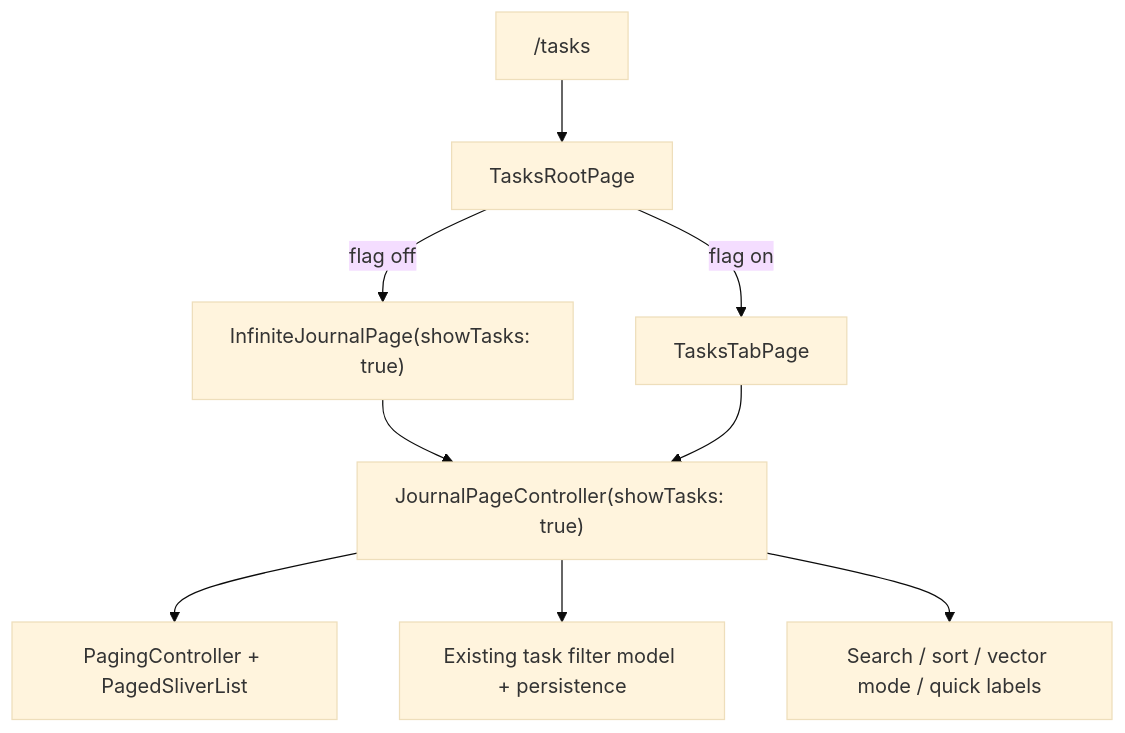
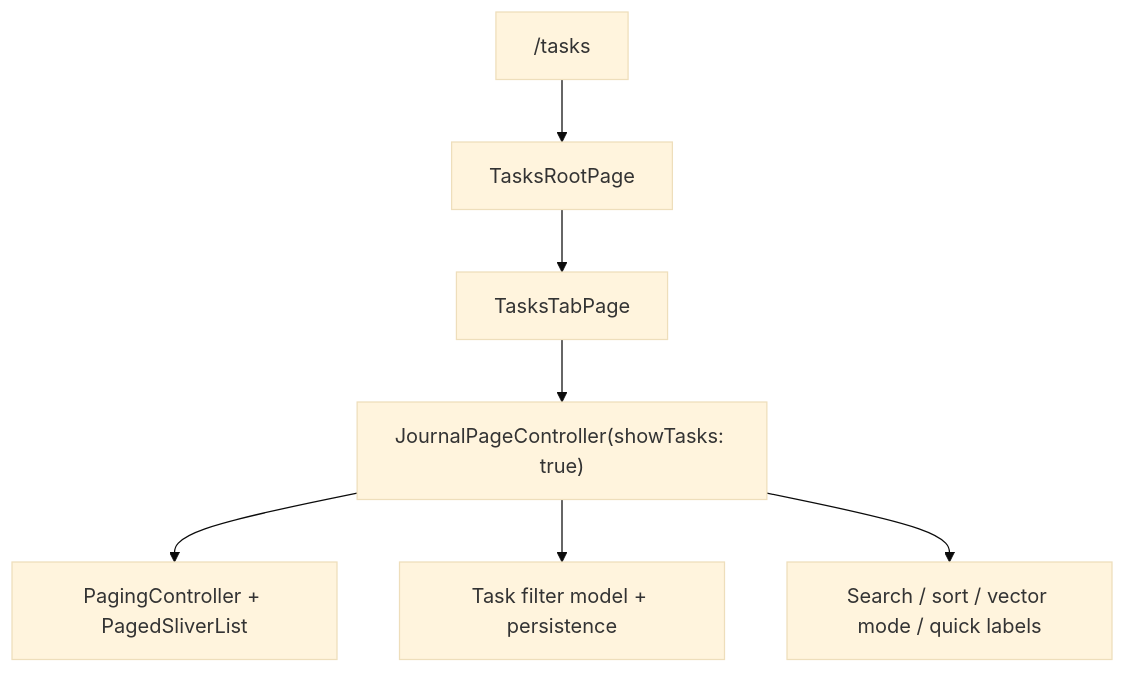
The ninth of 9 diagrams in lib/features/tasks/README.md (matthiasn/lotti), drawn with Mermaid (base theme) before and after one commit. The commit also changed other lines of this file and 28 other files, not shown here.

Commit message:
refactor: remove old tasks list page

````diff
--- a/lib/features/tasks/README.md
+++ b/lib/features/tasks/README.md
@@ -302,12 +298,10 @@
 ```mermaid
 flowchart TD
   Route["/tasks"] --> Root["TasksRootPage"]
-  Root -->|flag off| Legacy["InfiniteJournalPage(showTasks: true)"]
-  Root -->|flag on| Redesign["TasksTabPage"]
+  Root --> Redesign["TasksTabPage"]
 
-  Legacy --> PageCtl["JournalPageController(showTasks: true)"]
-  Redesign --> PageCtl
+  Redesign --> PageCtl["JournalPageController(showTasks: true)"]
   PageCtl --> Paging["PagingController + PagedSliverList"]
-  PageCtl --> Filters["Existing task filter model + persistence"]
+  PageCtl --> Filters["Task filter model + persistence"]
   PageCtl --> Search["Search / sort / vector mode / quick labels"]
 ```
````
